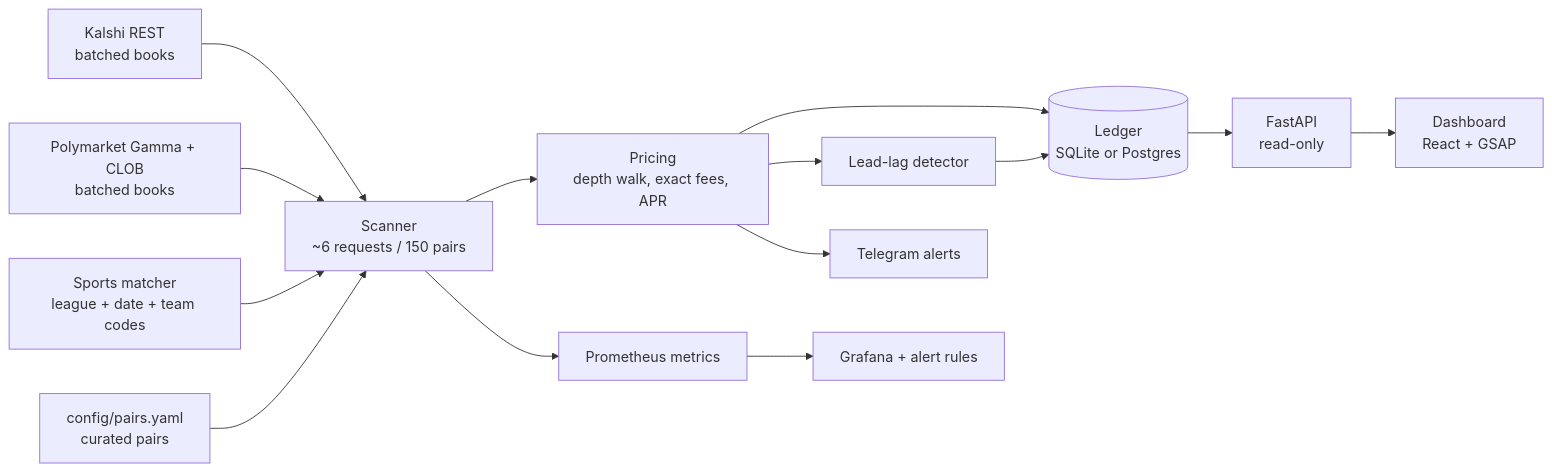
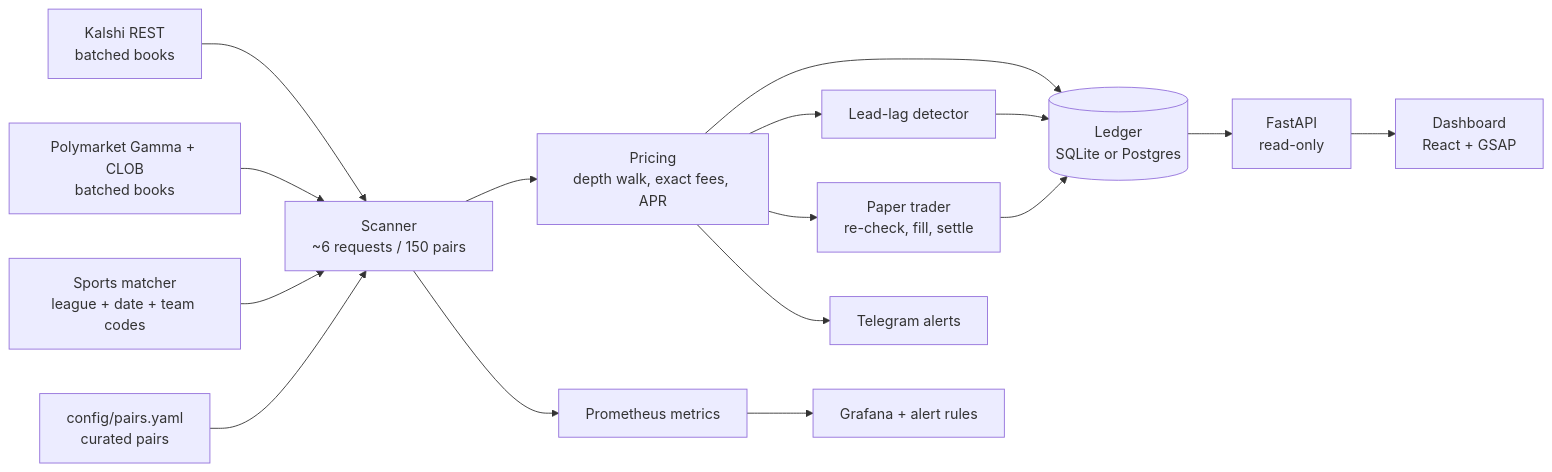
The diagram in README.md (Kage7047/edgefeed), drawn with Mermaid before and after one commit. The commit also changed other lines of this file and 40 other files, not shown here.

````diff
--- a/README.md
+++ b/README.md
@@ -40,14 +42,16 @@
 ```mermaid
 flowchart LR
   K[Kalshi REST<br/>batched books] --> S
   P[Polymarket Gamma + CLOB<br/>batched books] --> S
   D[Sports matcher<br/>league + date + team codes] --> S
   C[config/pairs.yaml<br/>curated pairs] --> S
   S[Scanner<br/>~6 requests / 150 pairs] --> A[Pricing<br/>depth walk, exact fees, APR]
   A --> L[(Ledger<br/>SQLite or Postgres)]
   A --> LL[Lead-lag detector]
   LL --> L
+  A --> PT[Paper trader<br/>re-check, fill, settle]
+  PT --> L
   L --> API[FastAPI<br/>read-only] --> UI[Dashboard<br/>React + GSAP]
   A --> T[Telegram alerts]
   S --> M[Prometheus metrics] --> G[Grafana + alert rules]
 ```
````
